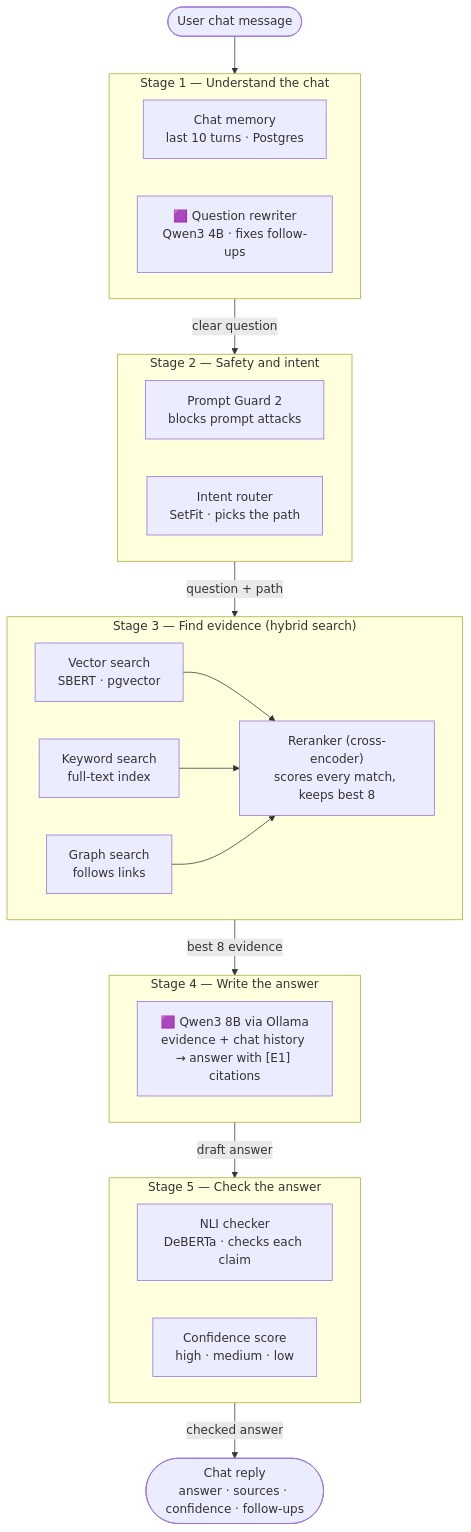
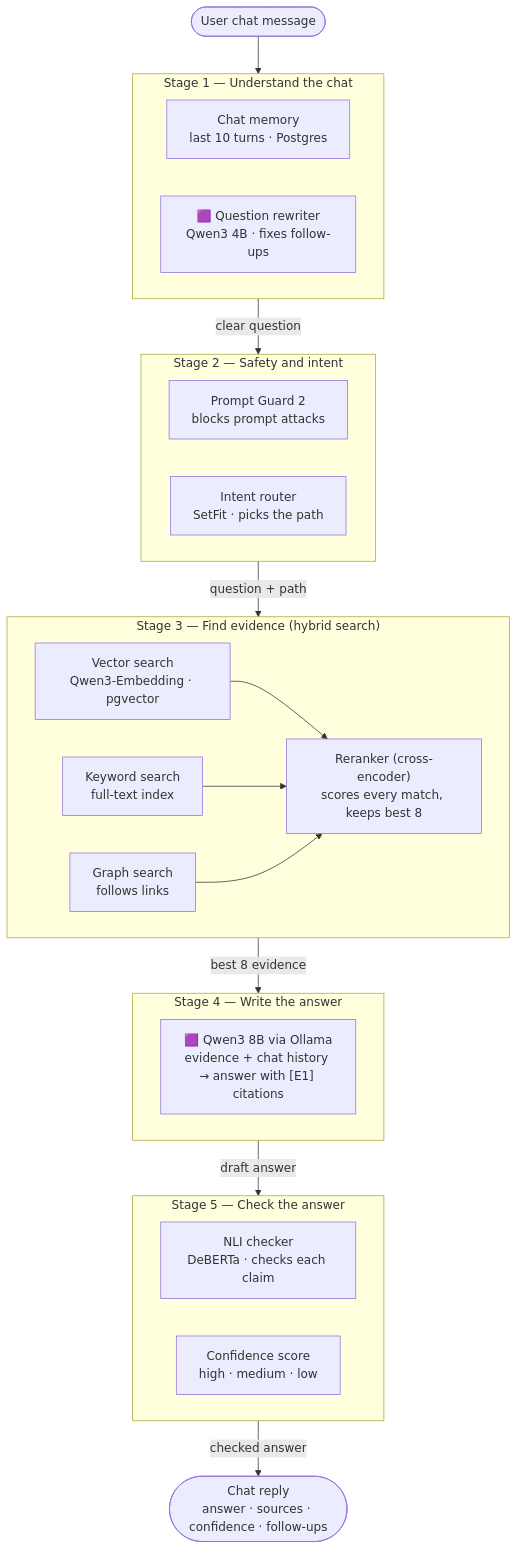
One commit to nikajr10/Syncra changed the third of 3 diagrams in description.md. Above: the diagram before and after it, drawn with Mermaid. The commit also changed other lines of this file and 7 other files, not shown here.

````diff
--- a/description.md
+++ b/description.md
@@ -153,35 +153,35 @@
 ```mermaid
 flowchart TD
     MSG(["User chat message"])
 
     subgraph Q1["Stage 1 — Understand the chat"]
         M1["Chat memory<br/>last 10 turns · Postgres"]
         M2["🟪 Question rewriter<br/>Qwen3 4B · fixes follow-ups"]
     end
 
     subgraph Q2["Stage 2 — Safety and intent"]
         G1["Prompt Guard 2<br/>blocks prompt attacks"]
         G2["Intent router<br/>SetFit · picks the path"]
     end
 
     subgraph Q3["Stage 3 — Find evidence (hybrid search)"]
-        R1["Vector search<br/>SBERT · pgvector"]
+        R1["Vector search<br/>Qwen3-Embedding · pgvector"]
         R2["Keyword search<br/>full-text index"]
         R3["Graph search<br/>follows links"]
         RR["Reranker (cross-encoder)<br/>scores every match, keeps best 8"]
         R1 & R2 & R3 --> RR
     end
 
     subgraph Q4["Stage 4 — Write the answer"]
         GEN["🟪 Qwen3 8B via Ollama<br/>evidence + chat history → answer with [E1] citations"]
     end
 
     subgraph Q5["Stage 5 — Check the answer"]
         V1["NLI checker<br/>DeBERTa · checks each claim"]
         V2["Confidence score<br/>high · medium · low"]
     end
 
     OUT(["Chat reply<br/>answer · sources · confidence · follow-ups"])
 
     MSG --> Q1 -- "clear question" --> Q2 -- "question + path" --> Q3 -- "best 8 evidence" --> Q4 -- "draft answer" --> Q5 -- "checked answer" --> OUT
 ```
````
